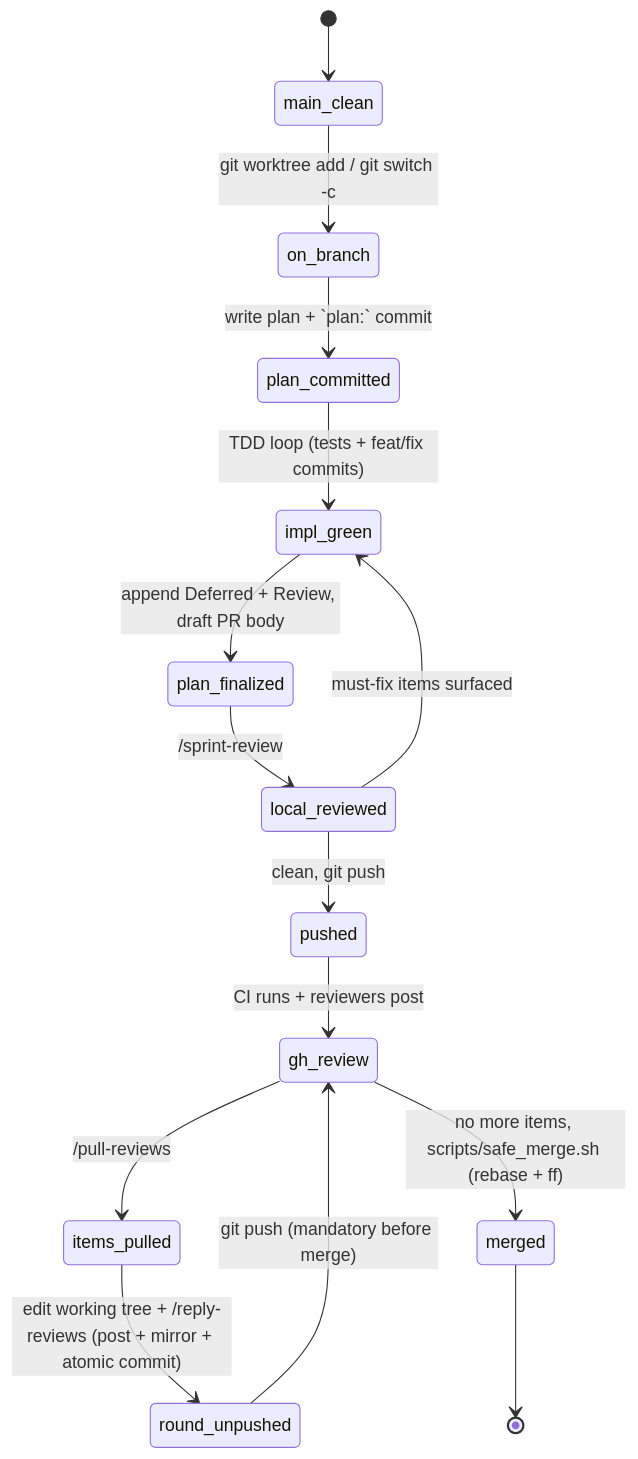
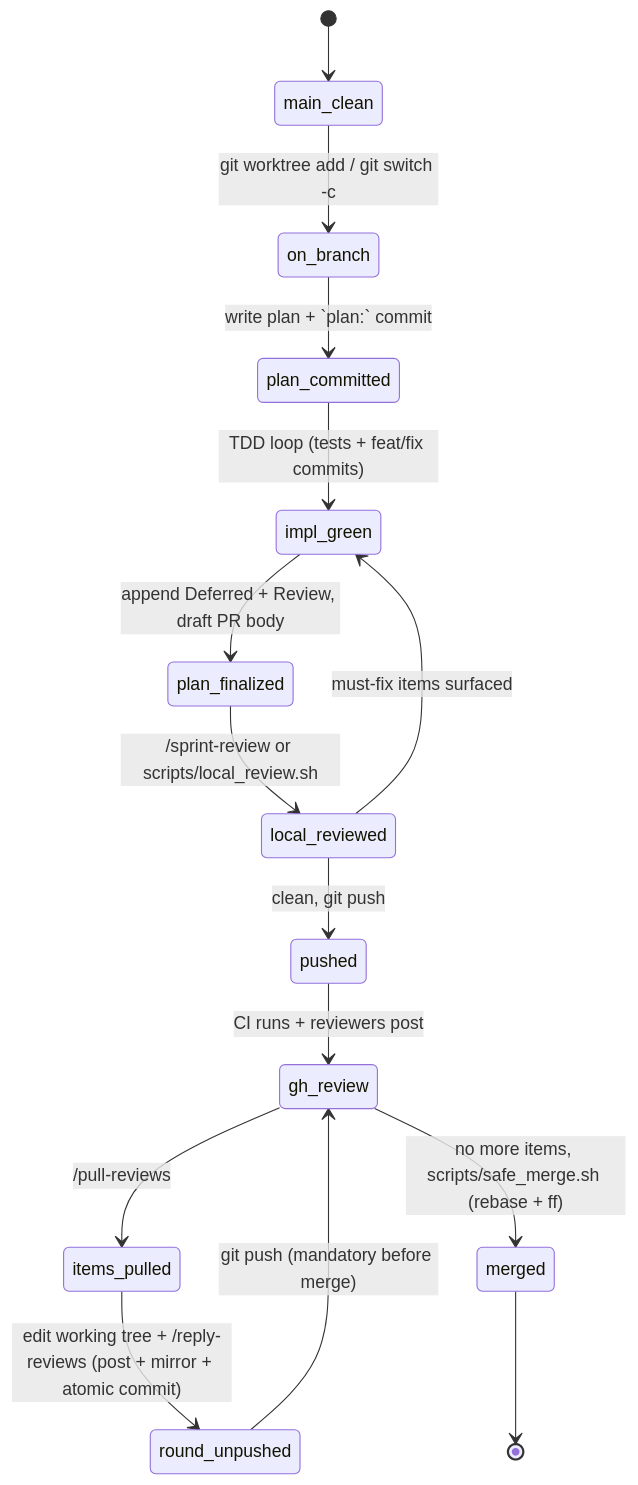
The first of 2 diagrams in doc/workflow.md (cmk/template-rust), drawn with Mermaid before and after one commit. The commit also changed other lines of this file and 10 other files, not shown here.

````diff
--- a/doc/workflow.md
+++ b/doc/workflow.md
@@ -18,17 +18,17 @@
 ```mermaid
 stateDiagram-v2
     [*] --> main_clean
     main_clean --> on_branch: git worktree add / git switch -c
     on_branch --> plan_committed: write plan + `plan:` commit
     plan_committed --> impl_green: TDD loop (tests + feat/fix commits)
     impl_green --> plan_finalized: append Deferred + Review, draft PR body
-    plan_finalized --> local_reviewed: /sprint-review
+    plan_finalized --> local_reviewed: /sprint-review or scripts/local_review.sh
     local_reviewed --> impl_green: must-fix items surfaced
     local_reviewed --> pushed: clean, git push
     pushed --> gh_review: CI runs + reviewers post
     gh_review --> items_pulled: /pull-reviews
     items_pulled --> round_unpushed: edit working tree + /reply-reviews (post + mirror + atomic commit)
     round_unpushed --> gh_review: git push (mandatory before merge)
     gh_review --> merged: no more items, scripts/safe_merge.sh (rebase + ff)
     merged --> [*]
 ```
````
